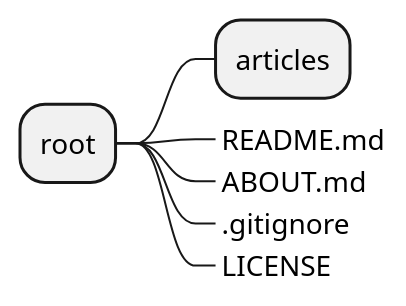
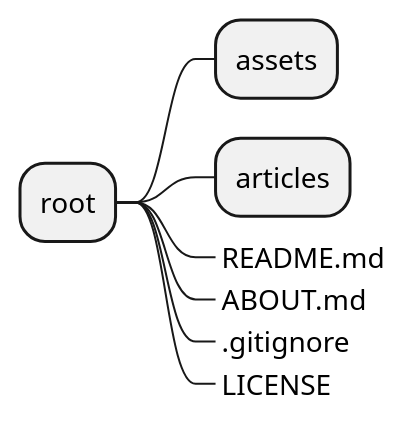
Before and after one commit to StaticBlog4K/BlogCore: the first of 4 diagrams in DEV.md, drawn with PlantUML. The commit also changed other lines of this file, not shown here.

````diff
--- a/DEV.md
+++ b/DEV.md
@@ -23,11 +23,11 @@
 ```plantuml
 @startmindmap
 * root
+** assets
 ** articles
 **_ README.md
 **_ ABOUT.md
 **_ .gitignore
 **_ LICENSE
-
 @endmindmap
 ```
````
